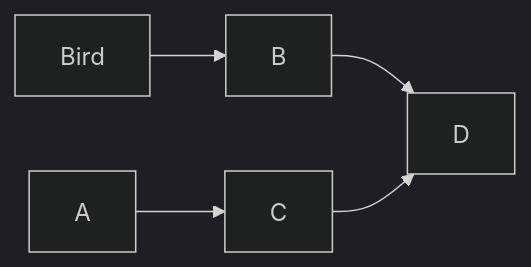
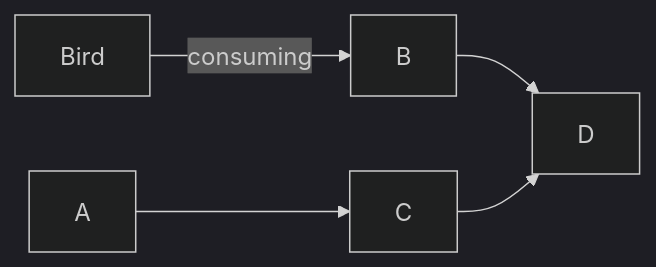
One commit to faruksajeeb/edds changed the diagram in README.md. Above: the diagram before and after it, drawn with Mermaid (dark theme).

Commit message:
update mark down file

````diff
--- a/README.md
+++ b/README.md
@@ -28,7 +28,7 @@
 ```mermaid
 graph LR;
-    Bird-->B;
+    Bird--consuming-->B;
     A-->C;
     B-->D;
     C-->D;
 ```
````
